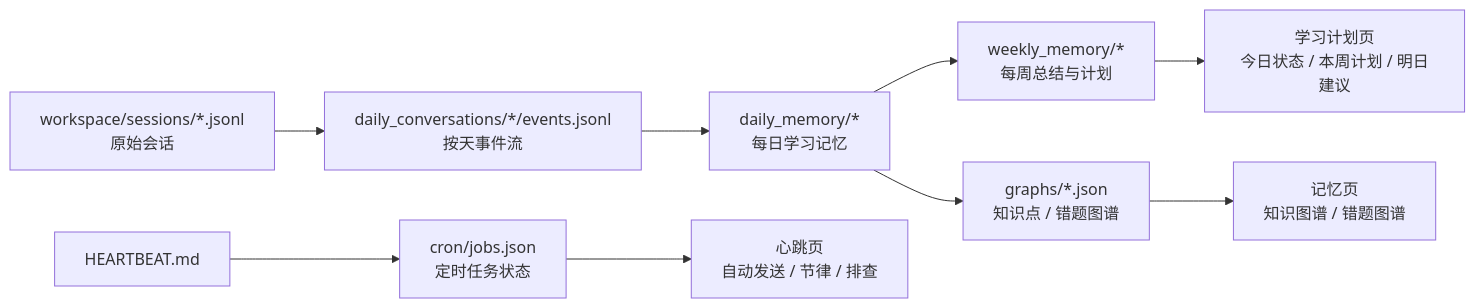
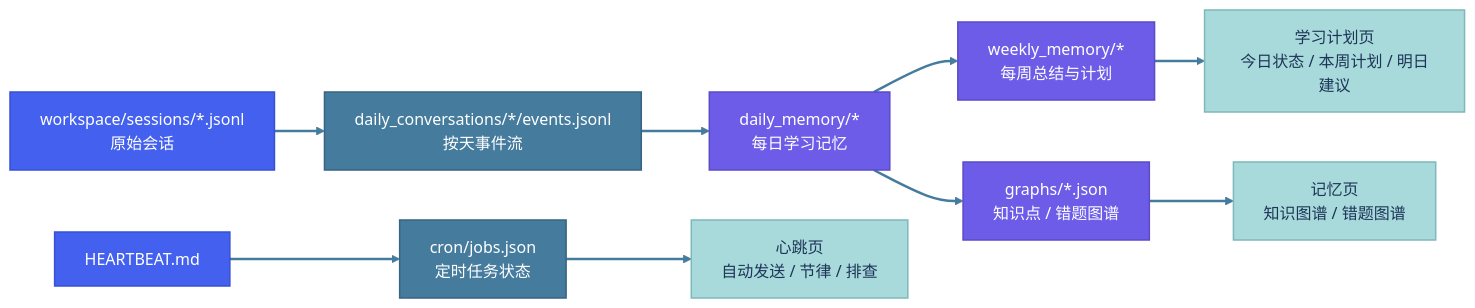
The second of 2 diagrams in README.md (MathClaw-ruc/MathClaw), drawn with Mermaid before and after one commit.

Commit message:
style: beautify data flow diagram with consistent color scheme

````diff
--- a/README.md
+++ b/README.md
@@ -344,11 +344,25 @@
 ```mermaid
 flowchart LR
-    A["workspace/sessions/*.jsonl<br/>原始会话"] --> B["daily_conversations/*/events.jsonl<br/>按天事件流"]
-    B --> C["daily_memory/*<br/>每日学习记忆"]
-    C --> D["weekly_memory/*<br/>每周总结与计划"]
-    C --> E["graphs/*.json<br/>知识点 / 错题图谱"]
-    D --> F["学习计划页<br/>今日状态 / 本周计划 / 明日建议"]
-    E --> G["记忆页<br/>知识图谱 / 错题图谱"]
-    H["HEARTBEAT.md"] --> I["cron/jobs.json<br/>定时任务状态"]
-    I --> J["心跳页<br/>自动发送 / 节律 / 排查"]
+    classDef source fill:#4361ee,stroke:#3651d4,color:#fff,stroke-width:1.5px
+    classDef process fill:#457b9d,stroke:#376482,color:#fff,stroke-width:1.5px
+    classDef store fill:#6c5ce7,stroke:#5a4bc6,color:#fff,stroke-width:1.5px
+    classDef page fill:#a8dadc,stroke:#7fb8ba,color:#1d3557,stroke-width:1.5px
+
+    A["workspace/sessions/*.jsonl<br/>原始会话"]:::source
+    B["daily_conversations/*/events.jsonl<br/>按天事件流"]:::process
+    C["daily_memory/*<br/>每日学习记忆"]:::store
+    D["weekly_memory/*<br/>每周总结与计划"]:::store
+    E["graphs/*.json<br/>知识点 / 错题图谱"]:::store
+    F["学习计划页<br/>今日状态 / 本周计划 / 明日建议"]:::page
+    G["记忆页<br/>知识图谱 / 错题图谱"]:::page
+    H["HEARTBEAT.md"]:::source
+    I["cron/jobs.json<br/>定时任务状态"]:::process
+    J["心跳页<br/>自动发送 / 节律 / 排查"]:::page
+
+    A ==> B ==> C
+    C ==> D ==> F
+    C ==> E ==> G
+    H ==> I ==> J
+
+    linkStyle default stroke:#457b9d,stroke-width:2.5px
 ```
````
